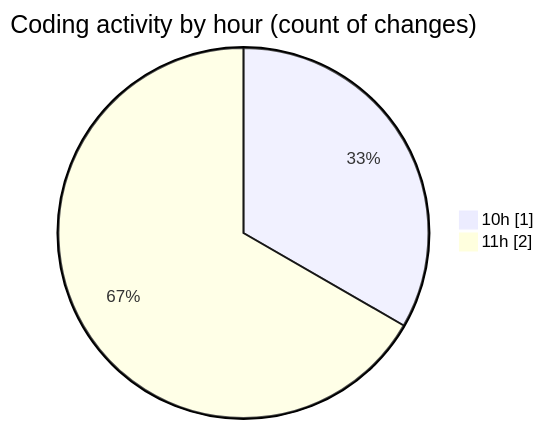
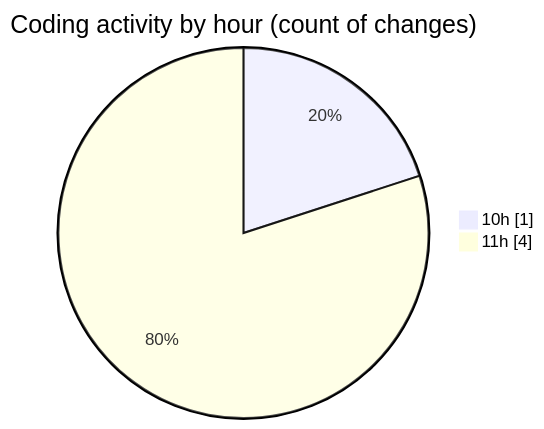
Before and after one commit to ricardozamudiocil/code-tracking: the second of 2 diagrams in 2026-10-01/cilreports__workspace_/README.md, drawn with Mermaid. The commit also changed other lines of this file and 1 other file, not shown here.

````diff
--- a/2026-10-01/cilreports__workspace_/README.md
+++ b/2026-10-01/cilreports__workspace_/README.md
@@ -30,6 +34,6 @@
 ```mermaid
 pie showData
 title Coding activity by hour (count of changes)
 "10h" : 1
-"11h" : 2
+"11h" : 4
 ```
````
